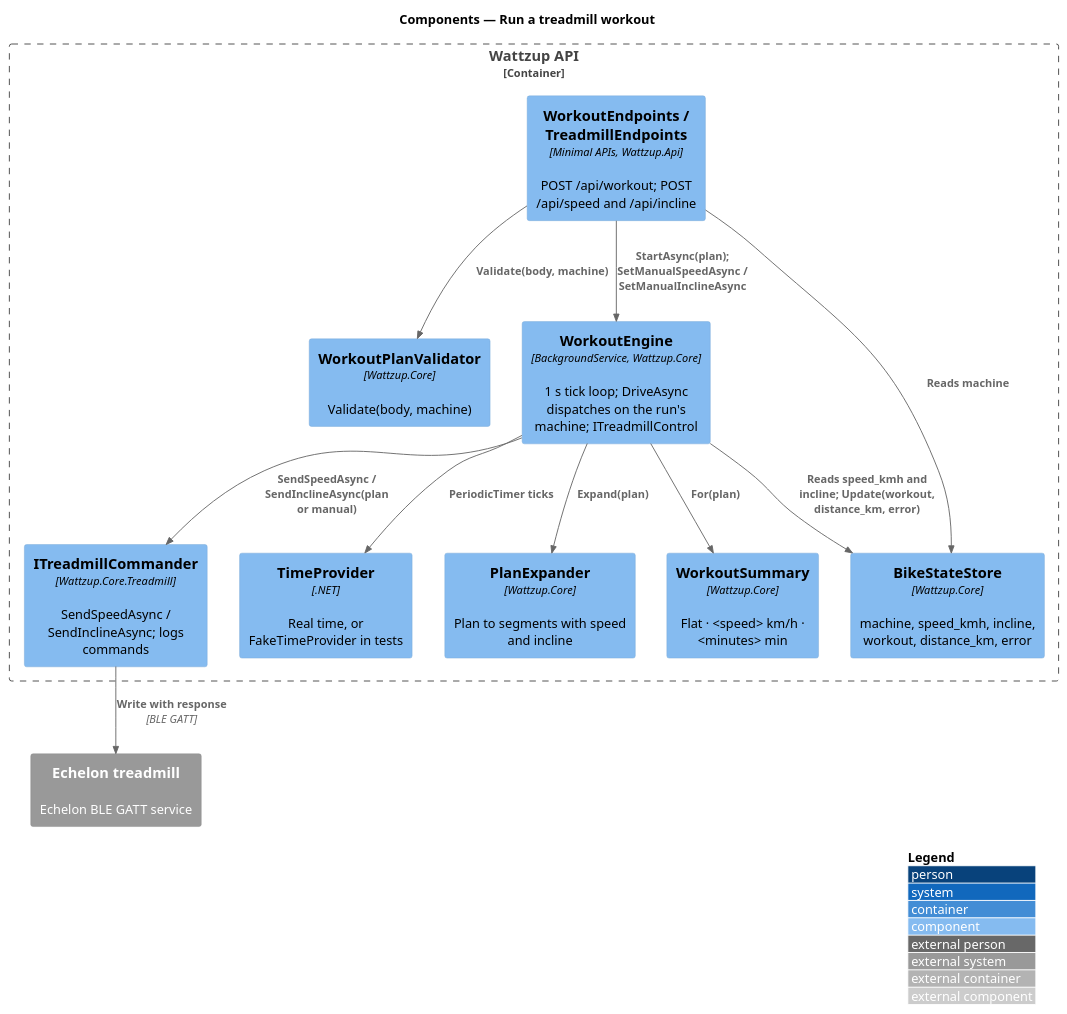
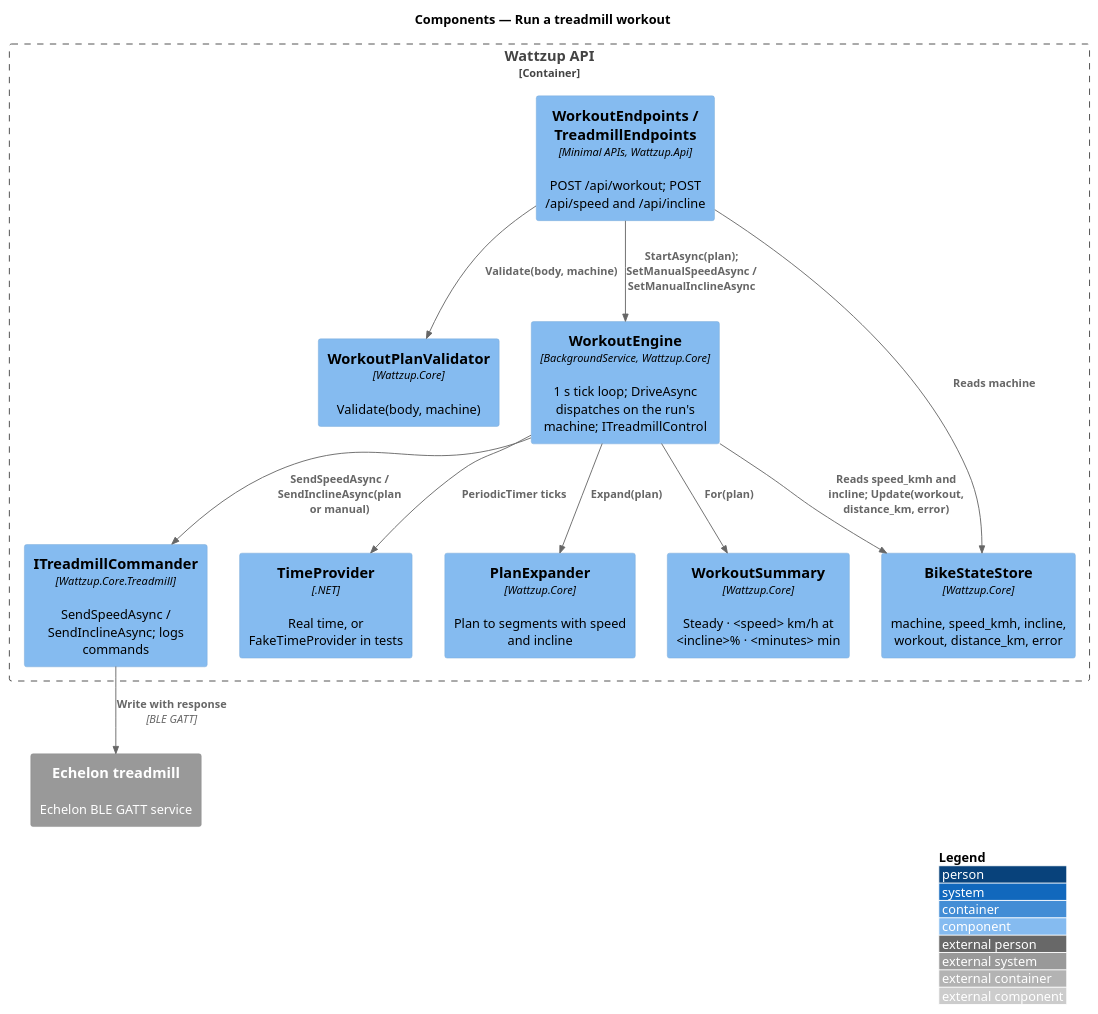
Before and after one commit to QuinntyneBrown/ride-one: the diagram in docs/detailed-designs/treadmill/run-treadmill-workout/diagrams/c4-component.puml, drawn with PlantUML. The commit also changed 151 other files, not shown here.

```diff
--- a/docs/detailed-designs/treadmill/run-treadmill-workout/diagrams/c4-component.puml
+++ b/docs/detailed-designs/treadmill/run-treadmill-workout/diagrams/c4-component.puml
@@ -1,27 +1,27 @@
 @startuml
 !include <C4/C4_Component>
 LAYOUT_WITH_LEGEND()
 title Components — Run a treadmill workout
 
 Container_Boundary(api, "Wattzup API") {
   Component(ep, "WorkoutEndpoints / TreadmillEndpoints", "Minimal APIs, Wattzup.Api", "POST /api/workout; POST /api/speed and /api/incline")
   Component(val, "WorkoutPlanValidator", "Wattzup.Core", "Validate(body, machine)")
   Component(engine, "WorkoutEngine", "BackgroundService, Wattzup.Core", "1 s tick loop; DriveAsync dispatches on the run's machine; ITreadmillControl")
   Component(exp, "PlanExpander", "Wattzup.Core", "Plan to segments with speed and incline")
-  Component(sum, "WorkoutSummary", "Wattzup.Core", "Flat · <speed> km/h · <minutes> min")
+  Component(sum, "WorkoutSummary", "Wattzup.Core", "Steady · <speed> km/h at <incline>% · <minutes> min")
   Component(cmdr, "ITreadmillCommander", "Wattzup.Core.Treadmill", "SendSpeedAsync / SendInclineAsync; logs commands")
   Component(store, "BikeStateStore", "Wattzup.Core", "machine, speed_kmh, incline, workout, distance_km, error")
   Component(clock, "TimeProvider", ".NET", "Real time, or FakeTimeProvider in tests")
 }
 System_Ext(treadmill, "Echelon treadmill", "Echelon BLE GATT service")
 
 Rel(ep, store, "Reads machine")
 Rel(ep, val, "Validate(body, machine)")
 Rel(ep, engine, "StartAsync(plan); SetManualSpeedAsync / SetManualInclineAsync")
 Rel(engine, exp, "Expand(plan)")
 Rel(engine, sum, "For(plan)")
 Rel(engine, cmdr, "SendSpeedAsync / SendInclineAsync(plan or manual)")
 Rel(engine, store, "Reads speed_kmh and incline; Update(workout, distance_km, error)")
 Rel(engine, clock, "PeriodicTimer ticks")
 Rel(cmdr, treadmill, "Write with response", "BLE GATT")
 @enduml
```
